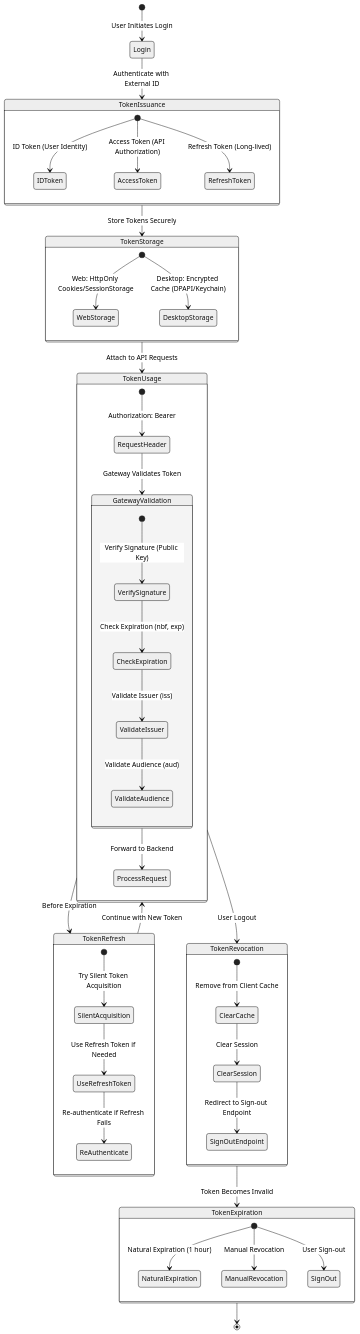
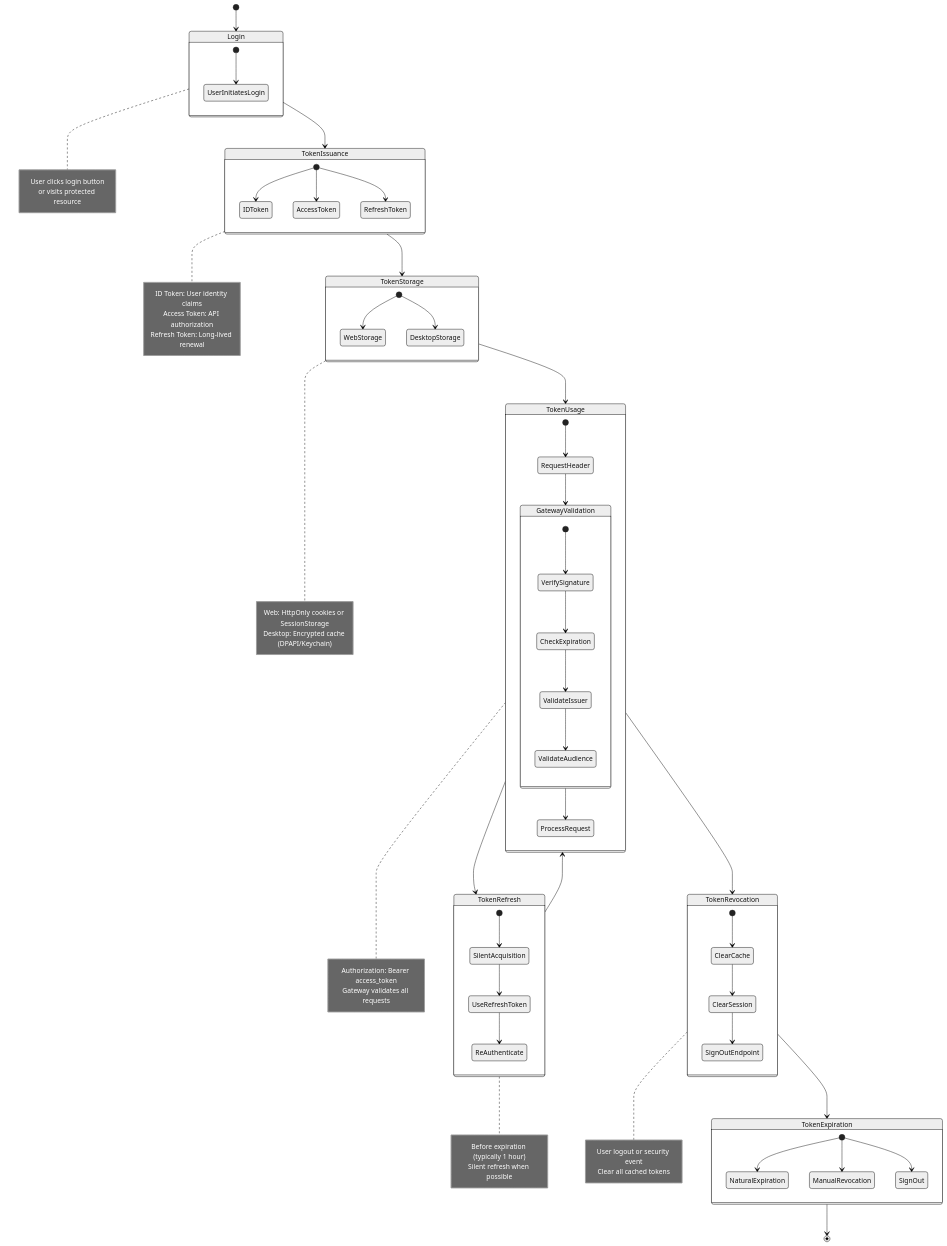
Before and after one commit to CodebreakerApp/Codebreaker.Backend: the eighth of 10 diagrams in docs/authentication/architecture-diagrams.md, drawn with Mermaid (neutral theme). The commit also changed other lines of this file and 1 other file, not shown here.

Commit message:
Refactor diagrams for clarity and add setup timeline
Updated the Token Lifecycle diagram in `architecture-diagrams.md`:
- Added detailed states, transitions, and explanatory notes.
- Grouped related states into nested structures for readability.
- Enhanced the Token Lifecycle Stages section with step-by-step details.

Improved the Setup Flow Overview in `quick-start.md`:
- Renamed steps for consistency and clarity.
- Reorganized subgraphs with descriptive names.
- Added color-coded styles for visual distinction.
- Introduced a Setup Timeline summarizing configuration steps.

Streamlined both diagrams by removing redundant transitions and aligning with best practices for `mermaid` syntax.

````diff
--- a/docs/authentication/architecture-diagrams.md
+++ b/docs/authentication/architecture-diagrams.md
@@ -265,62 +265,89 @@
 ```mermaid
 stateDiagram-v2
-    [*] --> Login: User Initiates Login
+    [*] --> Login
+    Login --> TokenIssuance
+    TokenIssuance --> TokenStorage
+    TokenStorage --> TokenUsage
+    TokenUsage --> TokenRefresh
+    TokenRefresh --> TokenUsage
+    TokenUsage --> TokenRevocation
+    TokenRevocation --> TokenExpiration
+    TokenExpiration --> [*]
     
-    Login --> TokenIssuance: Authenticate with External ID
-    TokenIssuance --> TokenStorage: Store Tokens Securely
+    state Login {
+        [*] --> UserInitiatesLogin
+    }
     
     state TokenIssuance {
-        [*] --> IDToken: ID Token (User Identity)
-        [*] --> AccessToken: Access Token (API Authorization)
-        [*] --> RefreshToken: Refresh Token (Long-lived)
+        [*] --> IDToken
+        [*] --> AccessToken
+        [*] --> RefreshToken
     }
     
     state TokenStorage {
-        [*] --> WebStorage: Web: HttpOnly Cookies/SessionStorage
-        [*] --> DesktopStorage: Desktop: Encrypted Cache (DPAPI/Keychain)
+        [*] --> WebStorage
+        [*] --> DesktopStorage
     }
     
-    TokenStorage --> TokenUsage: Attach to API Requests
-    
     state TokenUsage {
-        [*] --> RequestHeader: Authorization: Bearer <access_token>
-        RequestHeader --> GatewayValidation: Gateway Validates Token
-        
-        state GatewayValidation {
-            [*] --> VerifySignature: Verify Signature (Public Key)
-            VerifySignature --> CheckExpiration: Check Expiration (nbf, exp)
-            CheckExpiration --> ValidateIssuer: Validate Issuer (iss)
-            ValidateIssuer --> ValidateAudience: Validate Audience (aud)
-        }
-        
-        GatewayValidation --> ProcessRequest: Forward to Backend
+        [*] --> RequestHeader
+        RequestHeader --> GatewayValidation
+        GatewayValidation --> ProcessRequest
     }
     
-    TokenUsage --> TokenRefresh: Before Expiration
+    state GatewayValidation {
+        [*] --> VerifySignature
+        VerifySignature --> CheckExpiration
+        CheckExpiration --> ValidateIssuer
+        ValidateIssuer --> ValidateAudience
+    }
     
     state TokenRefresh {
-        [*] --> SilentAcquisition: Try Silent Token Acquisition
-        SilentAcquisition --> UseRefreshToken: Use Refresh Token if Needed
-        UseRefreshToken --> ReAuthenticate: Re-authenticate if Refresh Fails
+        [*] --> SilentAcquisition
+        SilentAcquisition --> UseRefreshToken
+        UseRefreshToken --> ReAuthenticate
     }
     
-    TokenRefresh --> TokenUsage: Continue with New Token
-    
-    TokenUsage --> TokenRevocation: User Logout
-    
     state TokenRevocation {
-        [*] --> ClearCache: Remove from Client Cache
-        ClearCache --> ClearSession: Clear Session
-        ClearSession --> SignOutEndpoint: Redirect to Sign-out Endpoint
+        [*] --> ClearCache
+        ClearCache --> ClearSession
+        ClearSession --> SignOutEndpoint
     }
     
-    TokenRevocation --> TokenExpiration: Token Becomes Invalid
-    
     state TokenExpiration {
-        [*] --> NaturalExpiration: Natural Expiration (1 hour)
-        [*] --> ManualRevocation: Manual Revocation
-        [*] --> SignOut: User Sign-out
+        [*] --> NaturalExpiration
+        [*] --> ManualRevocation
+        [*] --> SignOut
     }
     
-    TokenExpiration --> [*]
+    note right of Login
+        User clicks login button
+        or visits protected resource
+    end note
+    
+    note right of TokenIssuance
+        ID Token: User identity claims
+        Access Token: API authorization
+        Refresh Token: Long-lived renewal
+    end note
+    
+    note right of TokenStorage
+        Web: HttpOnly cookies or SessionStorage
+        Desktop: Encrypted cache (DPAPI/Keychain)
+    end note
+    
+    note right of TokenUsage
+        Authorization: Bearer access_token
+        Gateway validates all requests
+    end note
+    
+    note right of TokenRefresh
+        Before expiration (typically 1 hour)
+        Silent refresh when possible
+    end note
+    
+    note right of TokenRevocation
+        User logout or security event
+        Clear all cached tokens
+    end note
 ```
````
